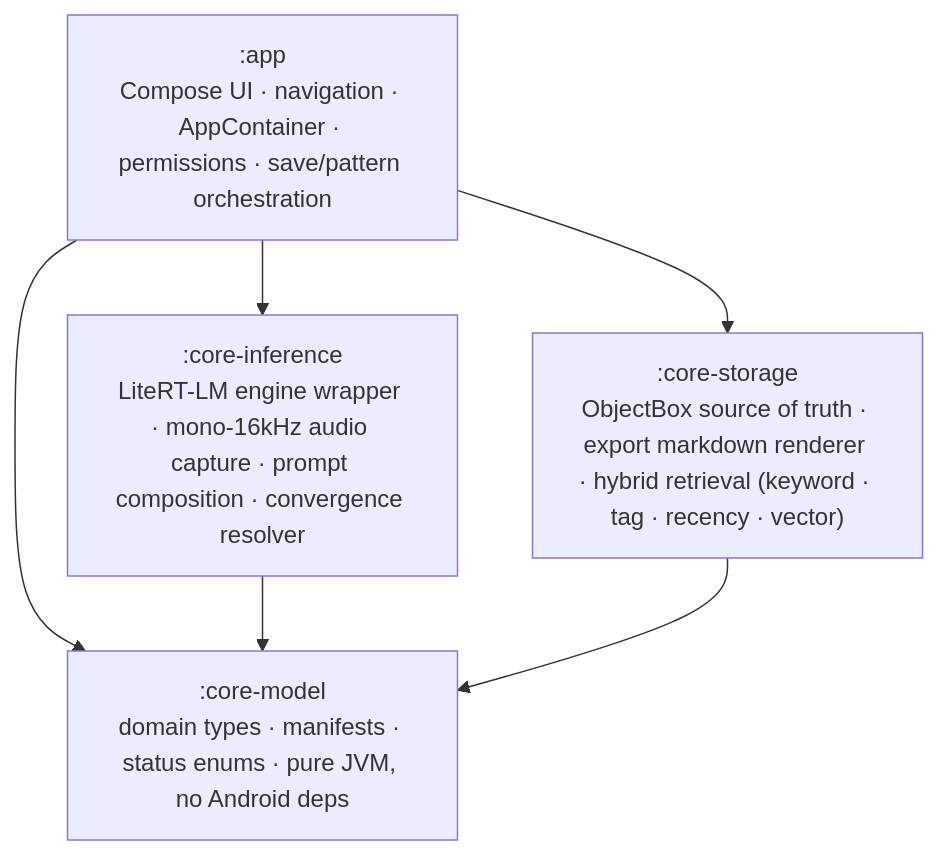
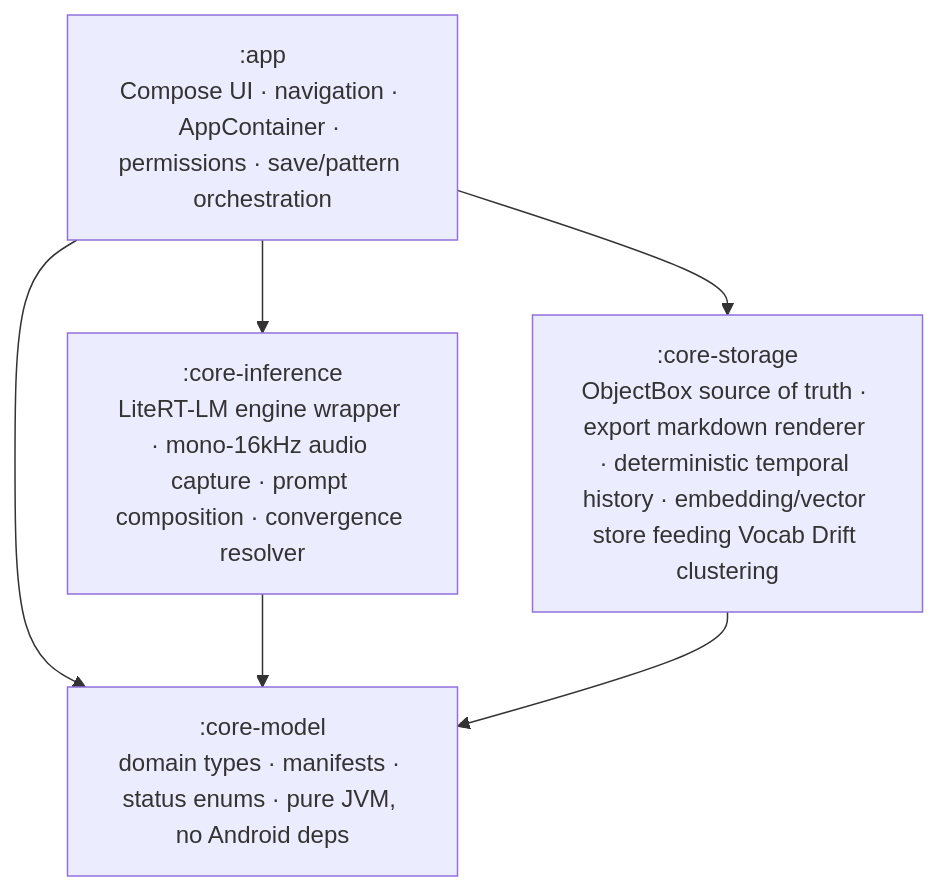
Before and after one commit to anchildress1/vestige: the first of 4 diagrams in docs/diagrams/architecture.md, drawn with Mermaid. The commit also changed other lines of this file and 18 other files, not shown here.

````diff
--- a/docs/diagrams/architecture.md
+++ b/docs/diagrams/architecture.md
@@ -16,16 +16,16 @@
 ```mermaid
 flowchart TD
     accTitle: Vestige Gradle module dependency graph
     accDescr: app depends on core-inference, core-storage, and core-model. core-inference depends only on core-model. core-storage depends only on core-model. core-model depends on nothing. core-inference and core-storage do not depend on each other.
 
     App[":app<br/>Compose UI · navigation · AppContainer · permissions · save/pattern orchestration"]
     Inf[":core-inference<br/>LiteRT-LM engine wrapper · mono-16kHz audio capture · prompt composition · convergence resolver"]
-    Sto[":core-storage<br/>ObjectBox source of truth · export markdown renderer · hybrid retrieval (keyword · tag · recency · vector)"]
+    Sto[":core-storage<br/>ObjectBox source of truth · export markdown renderer · deterministic temporal history · embedding/vector store feeding Vocab Drift clustering"]
     Mod[":core-model<br/>domain types · manifests · status enums · pure JVM, no Android deps"]
 
     App --> Inf
     App --> Sto
     App --> Mod
     Inf --> Mod
     Sto --> Mod
 ```
````
